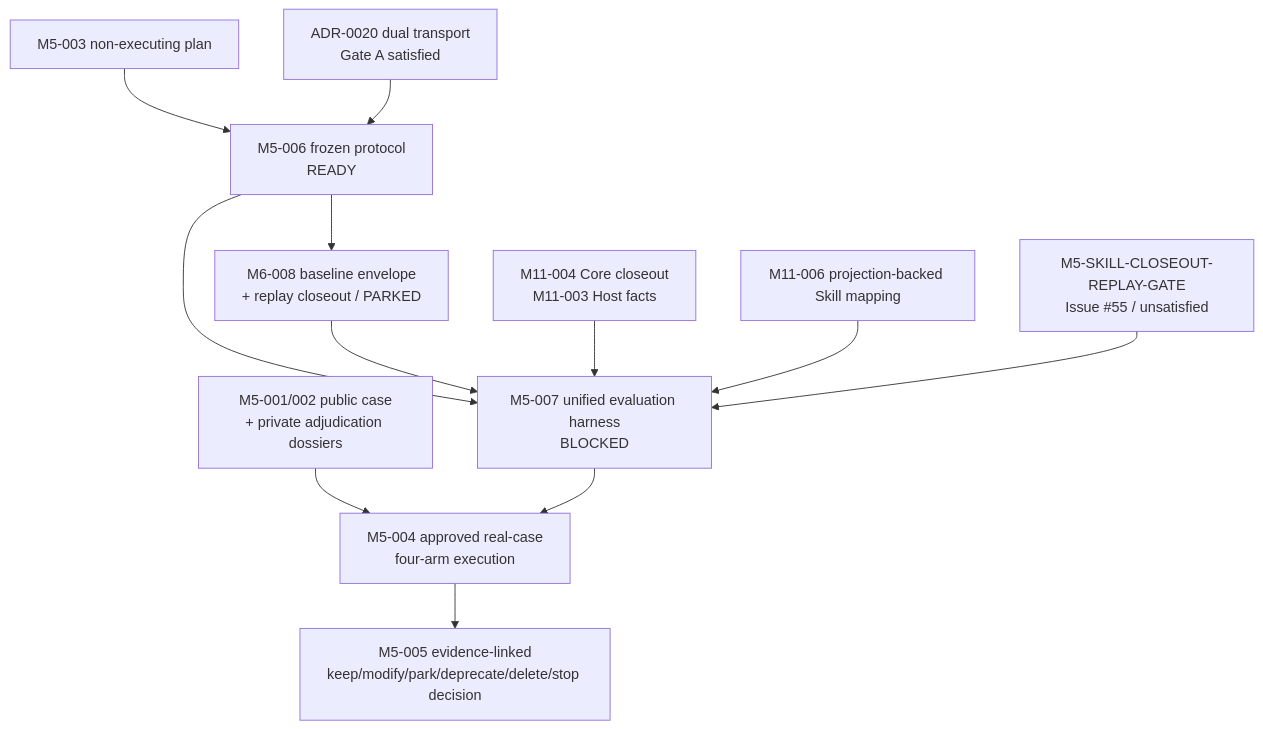
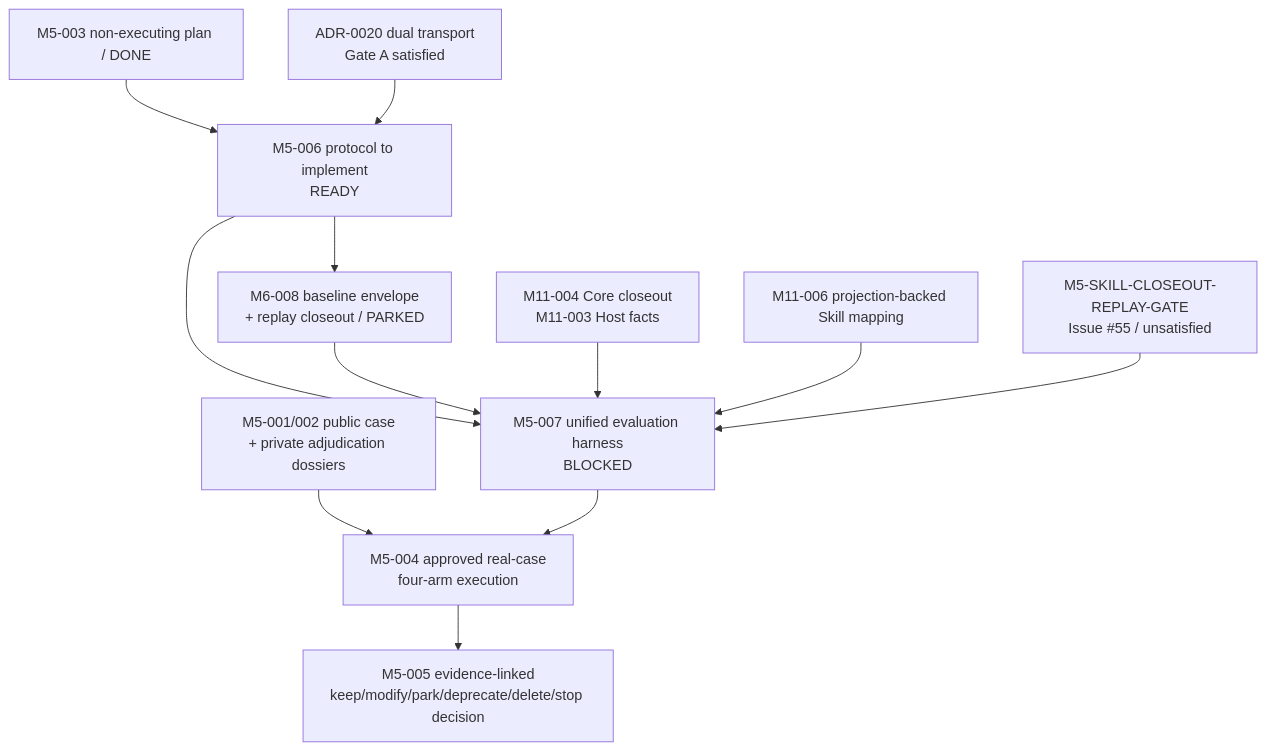
The second of 2 diagrams in docs/DEVELOPER_ARCHITECTURE_MAP.md (Chengyue-Lu/research-agent-workbench), drawn with Mermaid before and after one commit. The commit also changed other lines of this file and 32 other files, not shown here.

````diff
--- a/docs/DEVELOPER_ARCHITECTURE_MAP.md
+++ b/docs/DEVELOPER_ARCHITECTURE_MAP.md
@@ -408,14 +421,14 @@
 ```mermaid
 flowchart TD
-    M5003["M5-003 non-executing plan"] --> M5006["M5-006 frozen protocol<br/>READY"]
+    M5003["M5-003 non-executing plan / DONE"] --> M5006["M5-006 protocol to implement<br/>READY"]
     BTG["ADR-0020 dual transport<br/>Gate A satisfied"] --> M5006
     M5006 --> M5007["M5-007 unified evaluation harness<br/>BLOCKED"]
     M5006 --> M6008["M6-008 baseline envelope<br/>+ replay closeout / PARKED"]
     M6008 --> M5007
     M1104["M11-004 Core closeout<br/>M11-003 Host facts"] --> M5007
     M1106["M11-006 projection-backed Skill mapping"] --> M5007
     SCG["M5-SKILL-CLOSEOUT-REPLAY-GATE<br/>Issue #55 / unsatisfied"] --> M5007
     M5001["M5-001/002 public case<br/>+ private adjudication dossiers"] --> M5004["M5-004 approved real-case<br/>four-arm execution"]
     M5007 --> M5004
     M5004 --> M5005["M5-005 evidence-linked<br/>keep/modify/park/deprecate/delete/stop decision"]
 ```
````
